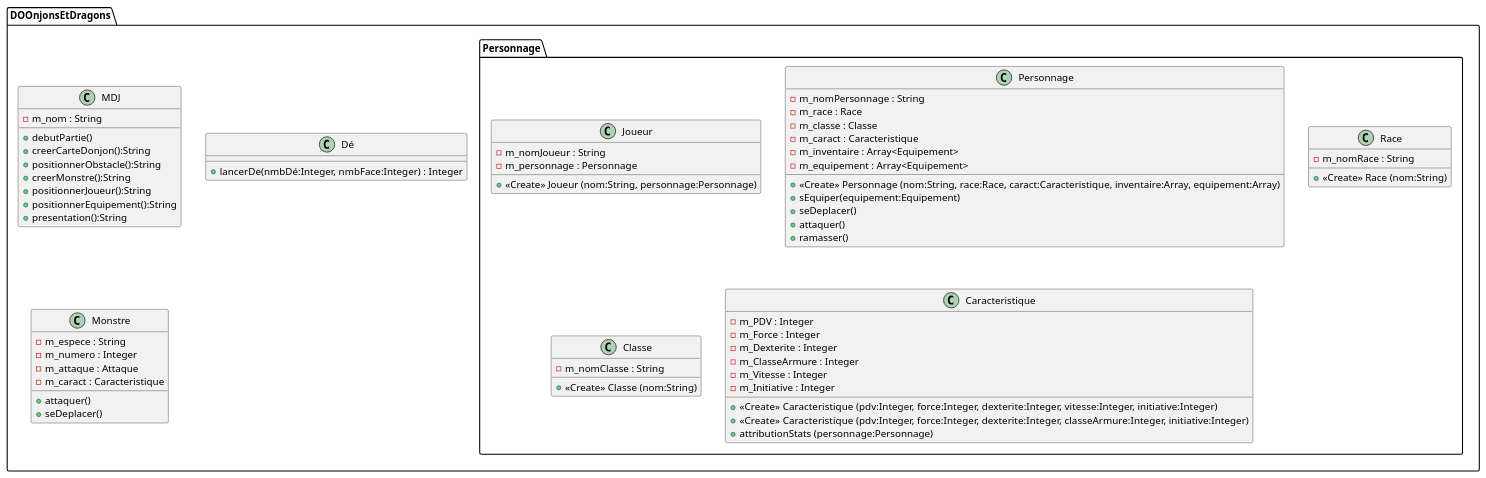
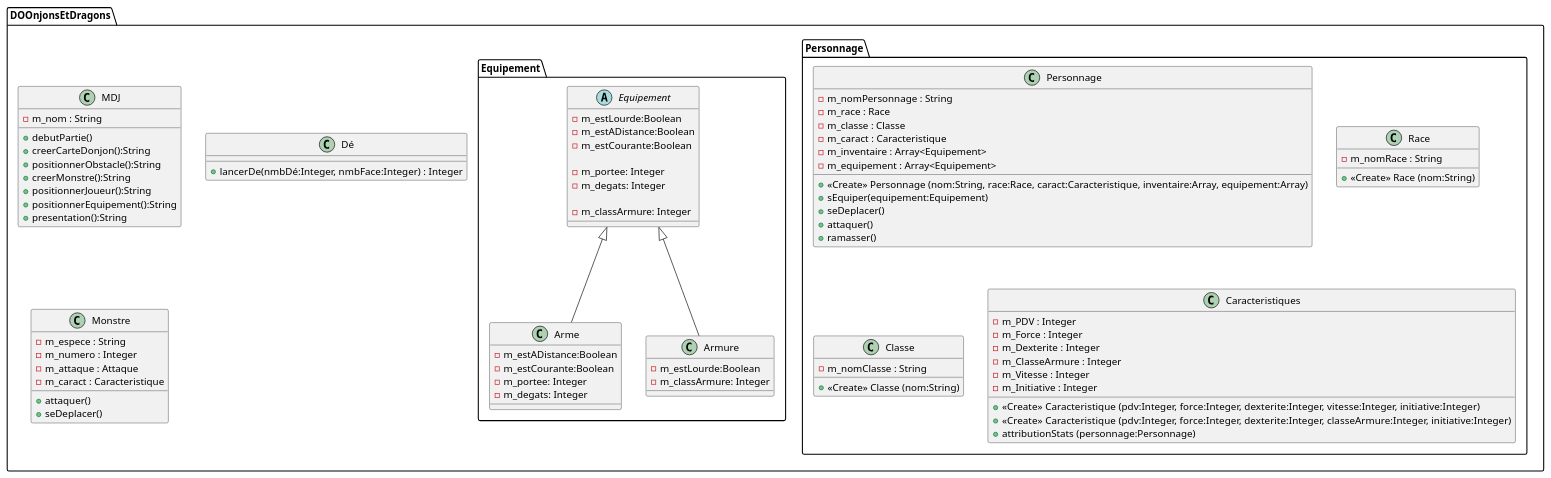
One commit to Erm5s/jeu-donjon-et-dragons changed the diagram in uml/semaine1.puml. Above: the diagram before and after it, drawn with PlantUML.

Commit message:
ajout du package équipement dans l'uml de la semaine1

```diff
--- a/uml/semaine1.puml
+++ b/uml/semaine1.puml
@@ -1,86 +1,105 @@
 @startuml
 scale 1
 package DOOnjonsEtDragons
 {
     package Personnage
     {
-        class Joueur
-        {
-            - m_nomJoueur : String
-            - m_personnage : Personnage
-            + <<Create>> Joueur (nom:String, personnage:Personnage)
-
-        }
         class Personnage
         {
             - m_nomPersonnage : String
             - m_race : Race
             - m_classe : Classe
             - m_caract : Caracteristique
             - m_inventaire : Array<Equipement>
             - m_equipement : Array<Equipement>
             + <<Create>> Personnage (nom:String, race:Race, caract:Caracteristique, inventaire:Array, equipement:Array)
             + sEquiper(equipement:Equipement)
             + seDeplacer()
             + attaquer()
             + ramasser()
         }
 
         class Race
         {
             - m_nomRace : String
             + <<Create>> Race (nom:String)
         }
 
         class Classe
         {
             - m_nomClasse : String
             + <<Create>> Classe (nom:String)
         }
 
 
 
-        class Caracteristique
+        class Caracteristiques
         {
             - m_PDV : Integer
             - m_Force : Integer
             - m_Dexterite : Integer
             - m_ClasseArmure : Integer
             - m_Vitesse : Integer
             - m_Initiative : Integer
             + <<Create>> Caracteristique (pdv:Integer, force:Integer, dexterite:Integer, vitesse:Integer, initiative:Integer)
             + <<Create>> Caracteristique (pdv:Integer, force:Integer, dexterite:Integer, classeArmure:Integer, initiative:Integer)
             + attributionStats (personnage:Personnage)
         }
     }
 
     class MDJ
     {
         - m_nom : String
         + debutPartie()
         + creerCarteDonjon():String
         + positionnerObstacle():String
         + creerMonstre():String
         + positionnerJoueur():String
         + positionnerEquipement():String
         + presentation():String
     }
 
     class Dé
     {
         + lancerDe(nmbDé:Integer, nmbFace:Integer) : Integer
     }
 
     class Monstre
     {
         - m_espece : String
         - m_numero : Integer
         - m_attaque : Attaque
         - m_caract : Caracteristique
         + attaquer()
         + seDeplacer()
     }
+package Equipement
+{
+    Abstract class Equipement
+    {
+        - m_estLourde:Boolean
+        - m_estADistance:Boolean
+        - m_estCourante:Boolean
 
+        - m_portee: Integer
+        - m_degats: Integer
+
+        - m_classArmure: Integer
+    }
+    class Arme extends Equipement
+    {
+        - m_estADistance:Boolean
+        - m_estCourante:Boolean
+        - m_portee: Integer
+        - m_degats: Integer
+
+    }
+    class Armure extends Equipement
+    {
+        - m_estLourde:Boolean
+        - m_classArmure: Integer
+    }
+}
 
 }
 @enduml
```
